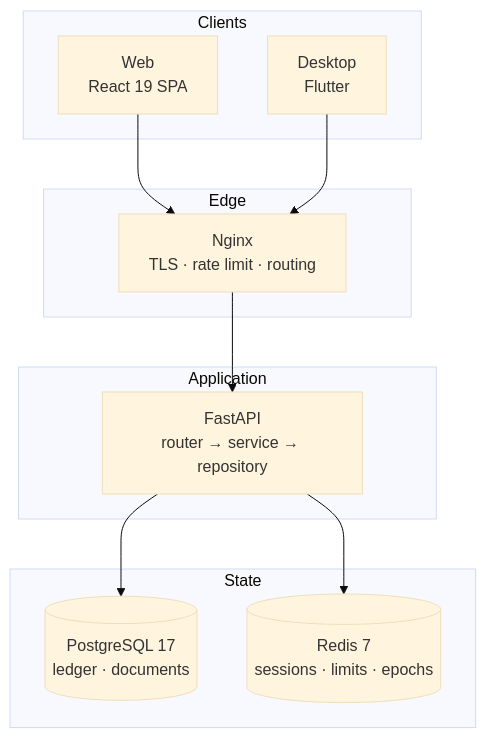
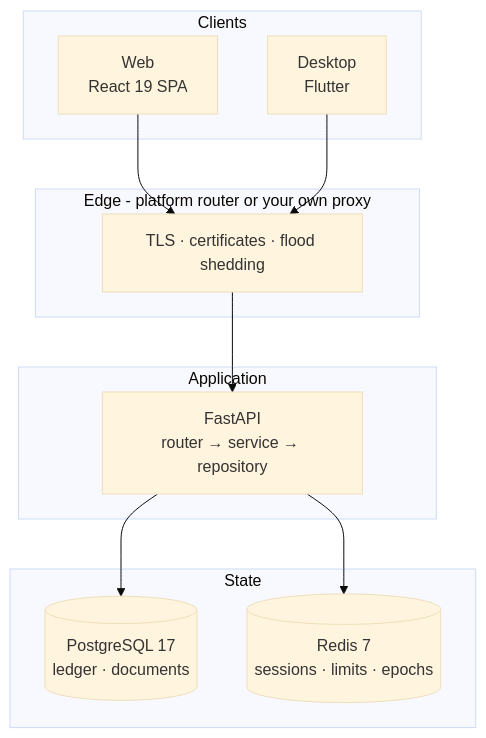
The diagram in README.md (Madhur-Prakash/Personal-ERP), drawn with Mermaid (base theme) before and after one commit. The commit also changed other lines of this file and 17 other files, not shown here.

````diff
--- a/README.md
+++ b/README.md
@@ -207,26 +211,26 @@
 ```mermaid
 graph TB
     subgraph Clients
         W[Web<br/>React 19 SPA]
         D[Desktop<br/>Flutter]
     end
 
-    subgraph Edge
-        N[Nginx<br/>TLS · rate limit · routing]
+    subgraph Edge["Edge - platform router or your own proxy"]
+        N[TLS · certificates · flood shedding]
     end
 
     subgraph Application
         A[FastAPI<br/>router → service → repository]
     end
 
     subgraph State
         P[(PostgreSQL 17<br/>ledger · documents)]
         R[(Redis 7<br/>sessions · limits · epochs)]
     end
 
     W --> N
     D --> N
     N --> A
     A --> P
     A --> R
 ```
````
